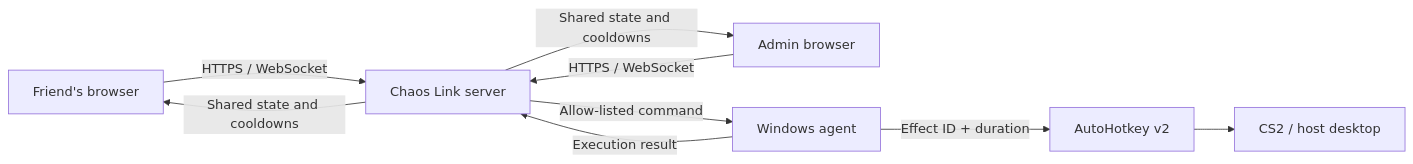
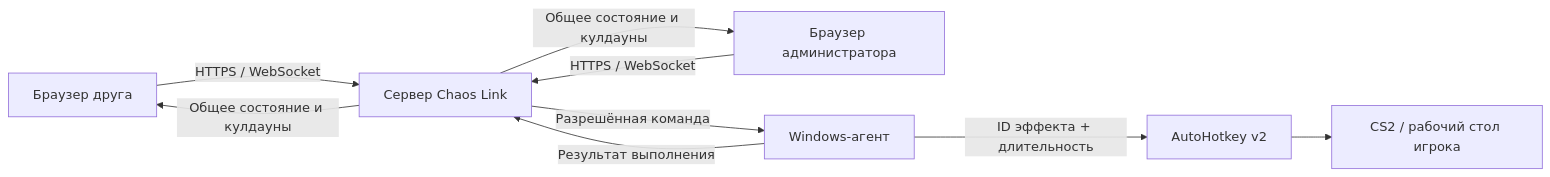
The diagram in README.md (egore4606/chaos-link), drawn with Mermaid before and after one commit. The commit also changed other lines of this file and 11 other files, not shown here.

````diff
--- a/README.md
+++ b/README.md
@@ -29,11 +31,11 @@
 ```mermaid
 flowchart LR
-    C1["Friend's browser"] -->|HTTPS / WebSocket| S["Chaos Link server"]
-    C2["Admin browser"] -->|HTTPS / WebSocket| S
-    S -->|Allow-listed command| A["Windows agent"]
-    A -->|Effect ID + duration| H["AutoHotkey v2"]
-    H --> G["CS2 / host desktop"]
-    A -->|Execution result| S
-    S -->|Shared state and cooldowns| C1
-    S -->|Shared state and cooldowns| C2
+    C1["Браузер друга"] -->|HTTPS / WebSocket| S["Сервер Chaos Link"]
+    C2["Браузер администратора"] -->|HTTPS / WebSocket| S
+    S -->|Разрешённая команда| A["Windows-агент"]
+    A -->|ID эффекта + длительность| H["AutoHotkey v2"]
+    H --> G["CS2 / рабочий стол игрока"]
+    A -->|Результат выполнения| S
+    S -->|Общее состояние и кулдауны| C1
+    S -->|Общее состояние и кулдауны| C2
 ```
````
